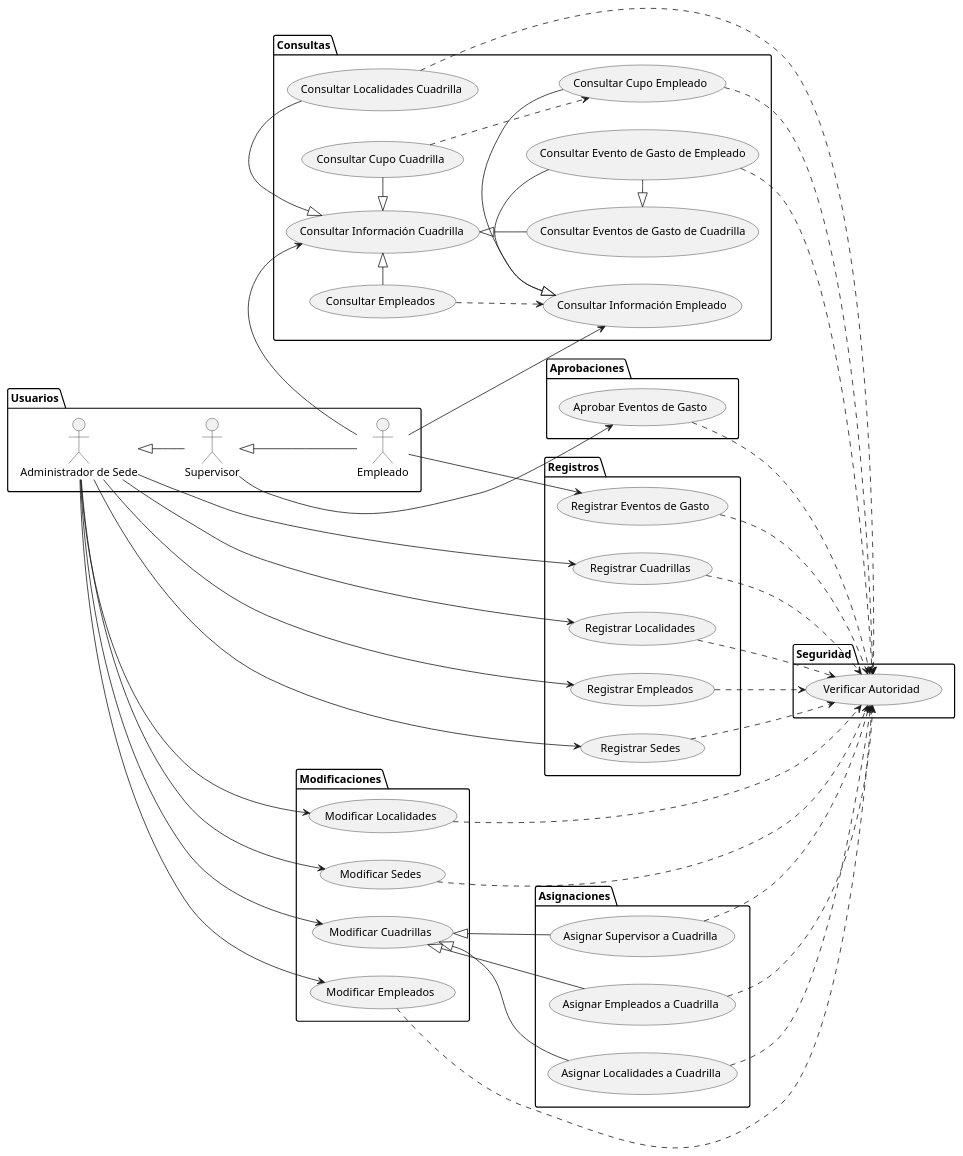
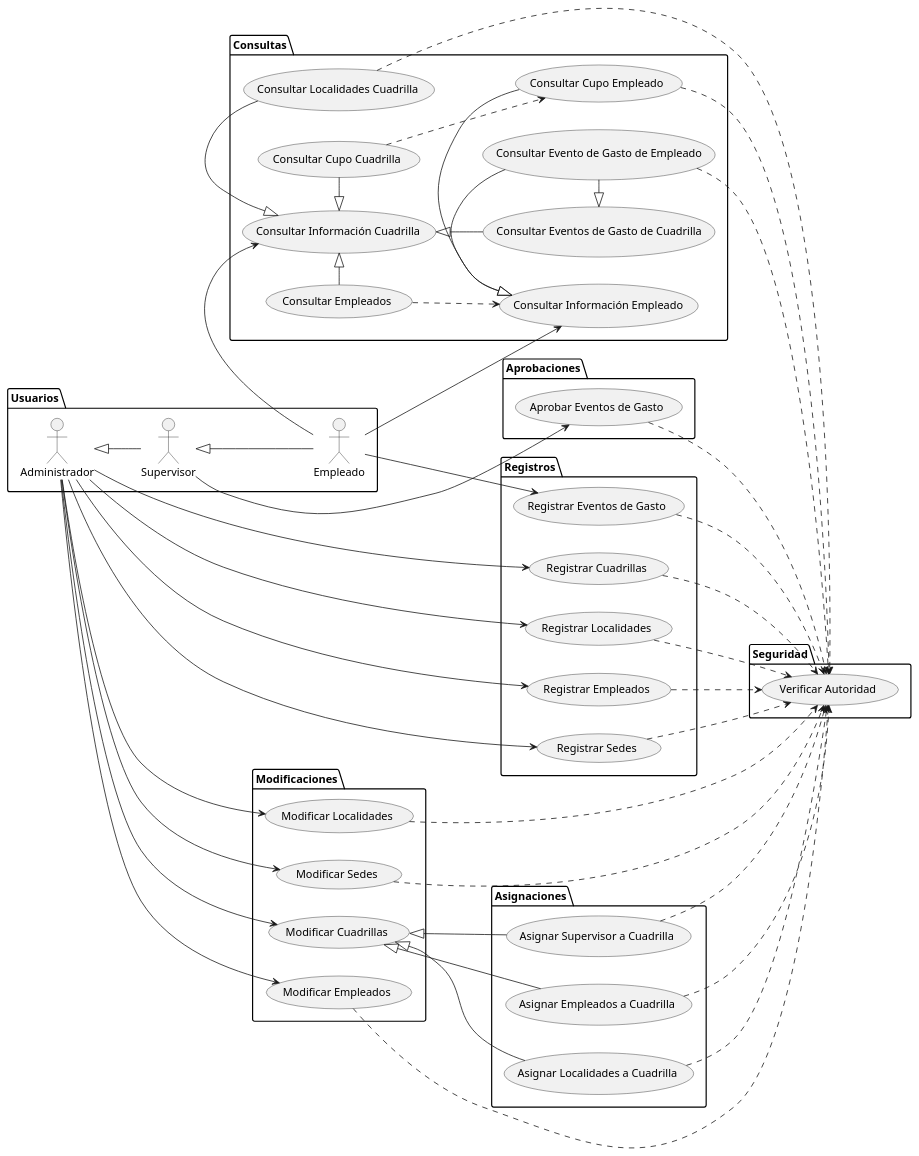
Before and after one commit to sfelipehh/ProgramacionAplicada: the diagram in diagramas/DiagramaCasosDeUso.puml, drawn with PlantUML. The commit also changed 36 other files, not shown here.

Commit message:
Correción del MR y de otros diagramas; entidades, repositorios, y urls de registro y consulta creadas

```diff
--- a/diagramas/DiagramaCasosDeUso.puml
+++ b/diagramas/DiagramaCasosDeUso.puml
@@ -1,104 +1,104 @@
 @startuml
 'https://plantuml.com/use-case-diagram
 left to right direction
 
 package Usuarios {
-    actor "Administrador de Sede" as A
+    actor "Administrador" as A
     actor "Supervisor" as S
     actor "Empleado" as E
 }
 
 package Consultas {
     usecase "Consultar Información Empleado" as C1
     usecase "Consultar Información Cuadrilla" as C2
     usecase "Consultar Cupo Empleado" as C3
     usecase "Consultar Empleados" as C4
     usecase "Consultar Cupo Cuadrilla" as C5
     usecase "Consultar Localidades Cuadrilla" as C6
     usecase "Consultar Evento de Gasto de Empleado" as C7
     usecase "Consultar Eventos de Gasto de Cuadrilla" as C8
 }
 
 C1 <|- C3
 C1 <|- C7
 C2 <|- C4
 C2 <|- C5
 C2 <|- C8
 C2 <|- C6
 C4 ..> C1
 C5 ..> C3
 C8 <|- C7
 package Registros {
     usecase "Registrar Empleados" as R1
     usecase "Registrar Sedes" as R2
     usecase "Registrar Cuadrillas" as R3
     usecase "Registrar Localidades" as R4
     usecase "Registrar Eventos de Gasto" as R5
 }
 
 package Modificaciones {
     usecase "Modificar Empleados" as M1
     usecase "Modificar Sedes" as M2
     usecase "Modificar Cuadrillas" as M3
     usecase "Modificar Localidades" as M4
 }
 
 package Asignaciones {
     usecase "Asignar Supervisor a Cuadrilla" as A2
     usecase "Asignar Empleados a Cuadrilla" as A3
     usecase "Asignar Localidades a Cuadrilla" as A4
 }
 
 package Aprobaciones {
     usecase "Aprobar Eventos de Gasto" as AA1
 }
 
 package Seguridad {
     usecase "Verificar Autoridad" as S1
 }
 
 
 A <|-- S
 S <|-- E
 
 'Usos Empleado
 E --> C1
 E --> C2
 E --> R5
 
 'Usos Supervisor
 S --> AA1
 
 'Usos Admin de Sede
 A --> R1
 A --> R2
 A --> R3
 A --> R4
 A --> M1
 A --> M2
 A --> M3
 A --> M4
 'Inclusión de Seguridad
 A2 ..> S1
 A3 ..> S1
 A4 ..> S1
 AA1 ..> S1
 C3 ..> S1
 C6 ..> S1
 C7 ..> S1
 M1 ..> S1
 M2 ..> S1
 M4 ..> S1
 R1 ..> S1
 R2 ..> S1
 R3 ..> S1
 R4 ..> S1
 R5 ..> S1
 
 'Extensión de Asignaciones
 M3 <|-- A2
 M3 <|-- A3
 M3 <|-- A4
 
 
 @enduml
```
